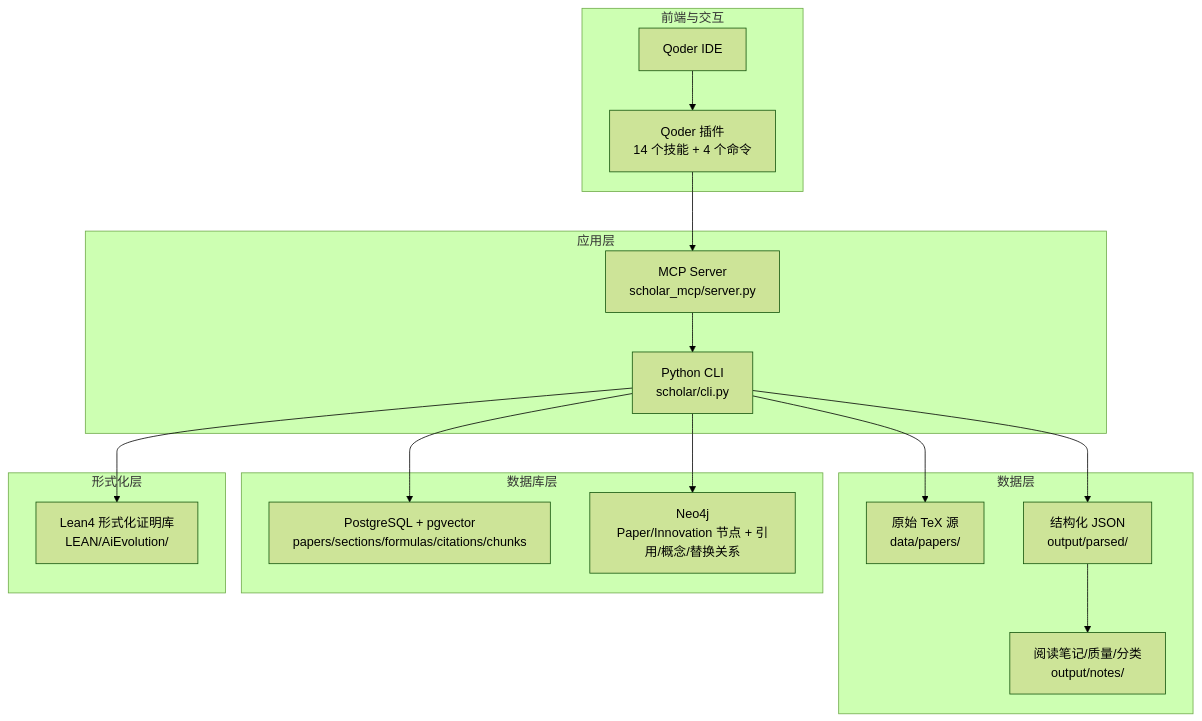
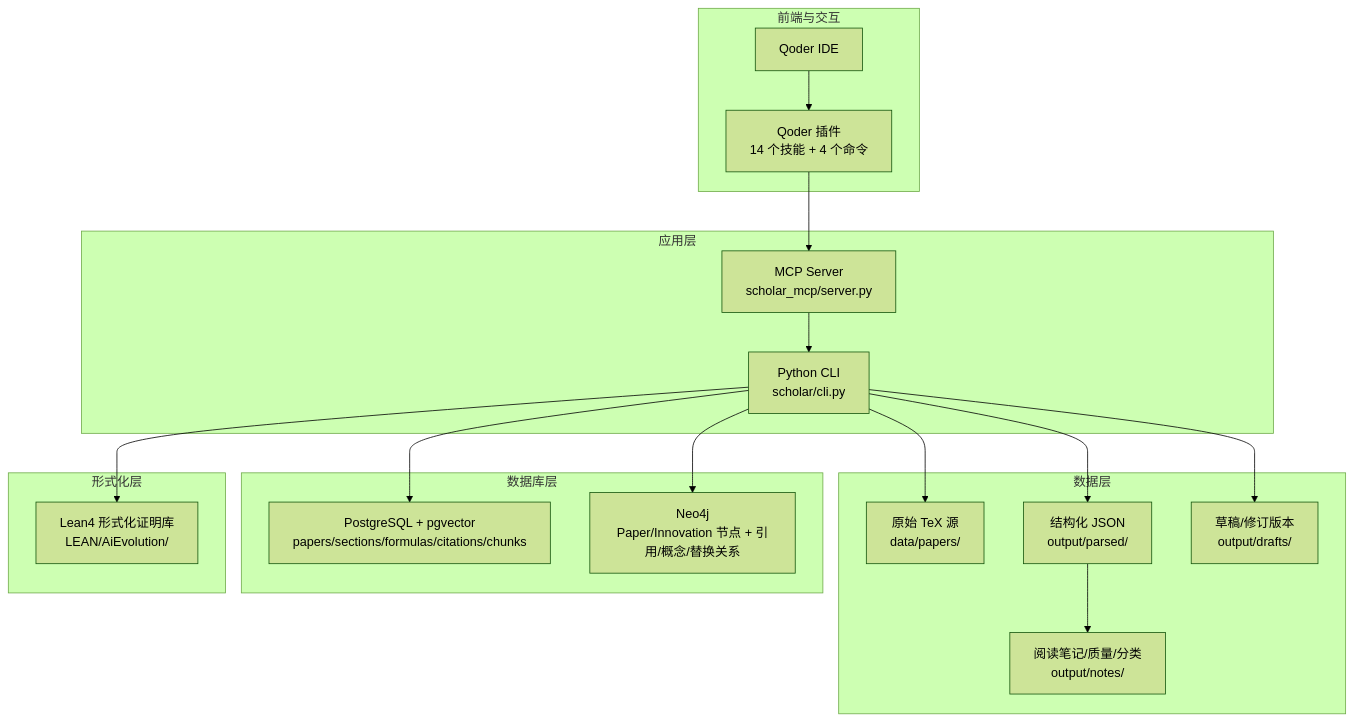
The first of 10 diagrams in .qoder/repowiki/zh/content/学术研究工作流/学术研究工作流.md (1173591564/academic-based-qoder), drawn with Mermaid (forest theme) before and after one commit. The commit also changed other lines of this file and 89 other files, not shown here.

````diff
--- a/.qoder/repowiki/zh/content/学术研究工作流/学术研究工作流.md
+++ b/.qoder/repowiki/zh/content/学术研究工作流/学术研究工作流.md
@@ -44,32 +51,34 @@
 ```mermaid
 graph TB
 subgraph "前端与交互"
 Qoder["Qoder IDE"]
 Plugin["Qoder 插件<br/>14 个技能 + 4 个命令"]
 end
 subgraph "应用层"
 CLI["Python CLI<br/>scholar/cli.py"]
 MCP["MCP Server<br/>scholar_mcp/server.py"]
 end
 subgraph "数据层"
 TeX["原始 TeX 源<br/>data/papers/"]
 JSON["结构化 JSON<br/>output/parsed/"]
+Drafts["草稿/修订版本<br/>output/drafts/"]
 Notes["阅读笔记/质量/分类<br/>output/notes/"]
 end
 subgraph "数据库层"
 PG["PostgreSQL + pgvector<br/>papers/sections/formulas/citations/chunks"]
 Neo4j["Neo4j<br/>Paper/Innovation 节点 + 引用/概念/替换关系"]
 end
 subgraph "形式化层"
 Lean4["Lean4 形式化证明库<br/>LEAN/AiEvolution/"]
 end
 Qoder --> Plugin
 Plugin --> MCP
 MCP --> CLI
 CLI --> TeX
 CLI --> JSON
+CLI --> Drafts
 CLI --> PG
 CLI --> Neo4j
 CLI --> Lean4
 JSON --> Notes
 ```
````
